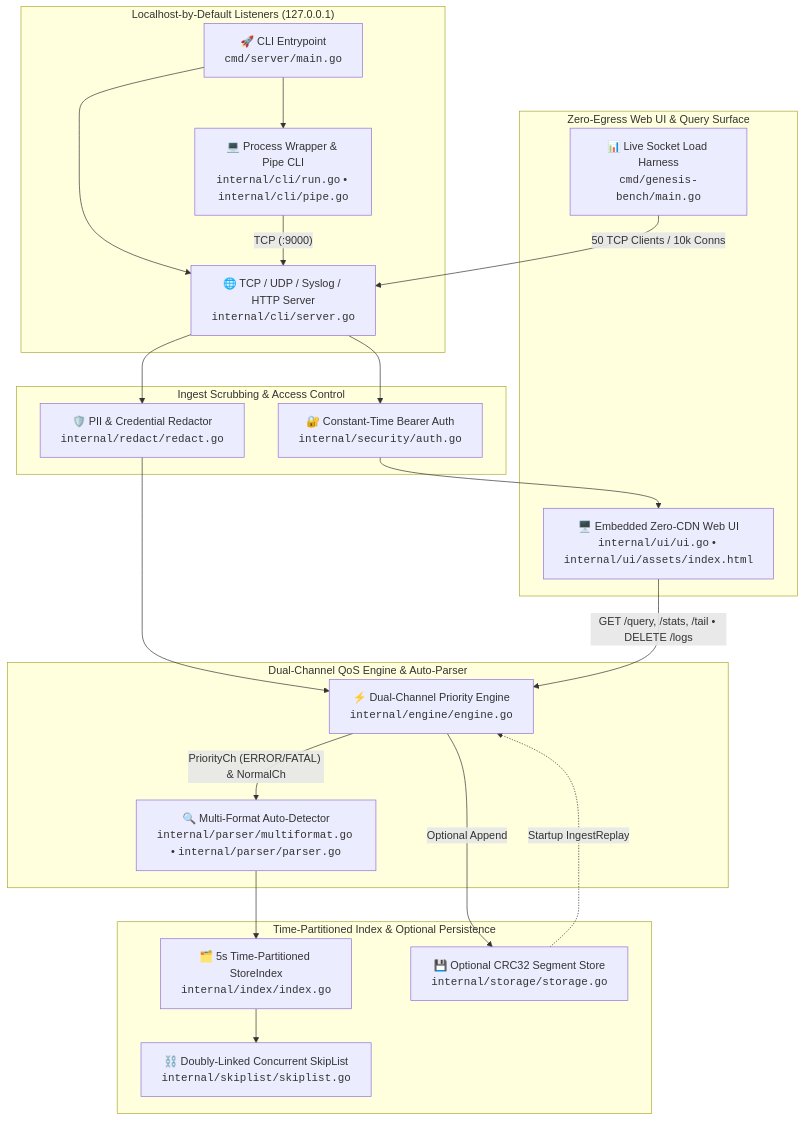
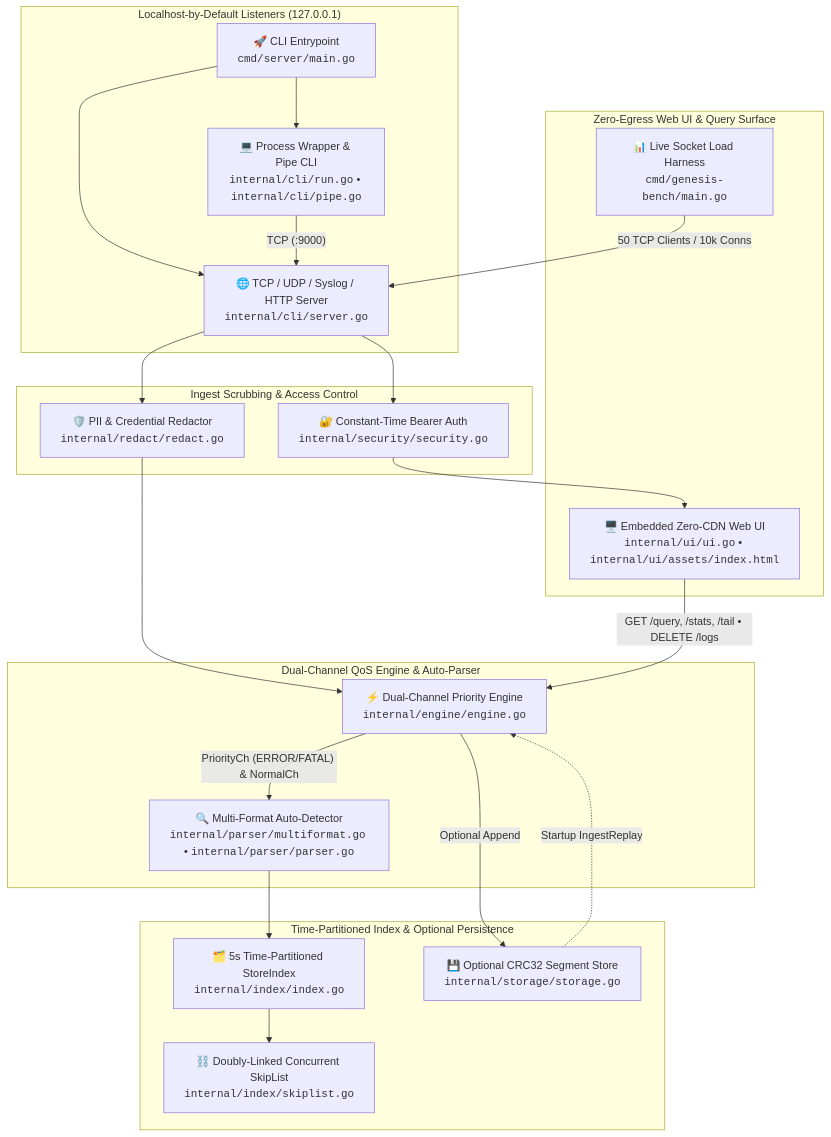
Before and after one commit to knowthankyew/genesis: the first of 2 diagrams in docs/ARCHITECTURE.md, drawn with Mermaid. The commit also changed other lines of this file and 3 other files, not shown here.

Commit message:
docs(arch): anchor verified Go package paths in ARCHITECTURE.md and bump CI actions

````diff
--- a/docs/ARCHITECTURE.md
+++ b/docs/ARCHITECTURE.md
@@ -15,41 +15,41 @@
 ```mermaid
 flowchart TD
     subgraph IngestListeners["Localhost-by-Default Listeners (127.0.0.1)"]
         Entry["🚀 CLI Entrypoint<br/><code>cmd/server/main.go</code>"]
         Server["🌐 TCP / UDP / Syslog / HTTP Server<br/><code>internal/cli/server.go</code>"]
         CLI["💻 Process Wrapper &amp; Pipe CLI<br/><code>internal/cli/run.go</code> &bull; <code>internal/cli/pipe.go</code>"]
     end
 
     subgraph SecurityLayer["Ingest Scrubbing &amp; Access Control"]
         Redact["🛡️ PII &amp; Credential Redactor<br/><code>internal/redact/redact.go</code>"]
-        Auth["🔐 Constant-Time Bearer Auth<br/><code>internal/security/auth.go</code>"]
+        Auth["🔐 Constant-Time Bearer Auth<br/><code>internal/security/security.go</code>"]
     end
 
     subgraph CoreEngine["Dual-Channel QoS Engine &amp; Auto-Parser"]
         Engine["⚡ Dual-Channel Priority Engine<br/><code>internal/engine/engine.go</code>"]
         Parser["🔍 Multi-Format Auto-Detector<br/><code>internal/parser/multiformat.go</code> &bull; <code>internal/parser/parser.go</code>"]
     end
 
     subgraph StorageIndex["Time-Partitioned Index &amp; Optional Persistence"]
         Index["🗂️ 5s Time-Partitioned StoreIndex<br/><code>internal/index/index.go</code>"]
-        SkipList["⛓️ Doubly-Linked Concurrent SkipList<br/><code>internal/skiplist/skiplist.go</code>"]
+        SkipList["⛓️ Doubly-Linked Concurrent SkipList<br/><code>internal/index/skiplist.go</code>"]
         Disk["💾 Optional CRC32 Segment Store<br/><code>internal/storage/storage.go</code>"]
     end
 
     subgraph ClientSurface["Zero-Egress Web UI &amp; Query Surface"]
         WebUI["🖥️ Embedded Zero-CDN Web UI<br/><code>internal/ui/ui.go</code> &bull; <code>internal/ui/assets/index.html</code>"]
         Bench["📊 Live Socket Load Harness<br/><code>cmd/genesis-bench/main.go</code>"]
     end
 
     Entry --> Server & CLI
     CLI -->|"TCP (:9000)"| Server
     Bench -->|"50 TCP Clients / 10k Conns"| Server
     Server --> Redact --> Engine
     Engine -->|"Optional Append"| Disk
     Disk -.->|"Startup IngestReplay"| Engine
     Engine -->|"PriorityCh (ERROR/FATAL) &amp; NormalCh"| Parser
     Parser --> Index
     Index --> SkipList
     Server --> Auth --> WebUI
     WebUI -->|"GET /query, /stats, /tail &bull; DELETE /logs"| Engine
 ```
````
